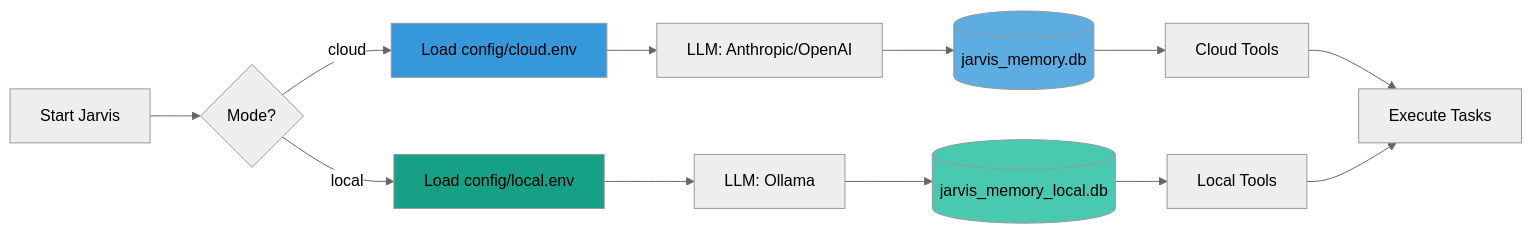
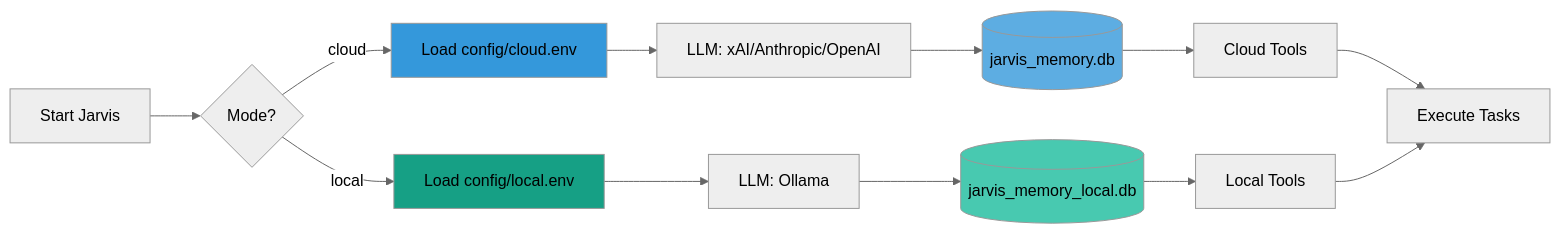
One commit to bigsk1/jarvis-voice changed the eighth of 14 diagrams in docs/JARVIS_WORKFLOW.md. Above: the diagram before and after it, drawn with Mermaid (neutral theme). The commit also changed other lines of this file and 30 other files, not shown here.

````diff
--- a/docs/JARVIS_WORKFLOW.md
+++ b/docs/JARVIS_WORKFLOW.md
@@ -309,24 +484,24 @@
 ```mermaid
 graph LR
     Start[Start Jarvis] --> Mode{Mode?}
     
     Mode -->|cloud| CloudConfig[Load config/cloud.env]
     Mode -->|local| LocalConfig[Load config/local.env]
     
-    CloudConfig --> CloudLLM[LLM: Anthropic/OpenAI]
+    CloudConfig --> CloudLLM[LLM: xAI/Anthropic/OpenAI]
     LocalConfig --> LocalLLM[LLM: Ollama]
     
     CloudLLM --> CloudDB[(jarvis_memory.db)]
     LocalLLM --> LocalDB[(jarvis_memory_local.db)]
     
     CloudDB --> CloudTools[Cloud Tools]
     LocalDB --> LocalTools[Local Tools]
     
     CloudTools --> Execute[Execute Tasks]
     LocalTools --> Execute
     
     style CloudConfig fill:#3498db
     style LocalConfig fill:#16a085
     style CloudDB fill:#5dade2
     style LocalDB fill:#48c9b0
 ```
````
